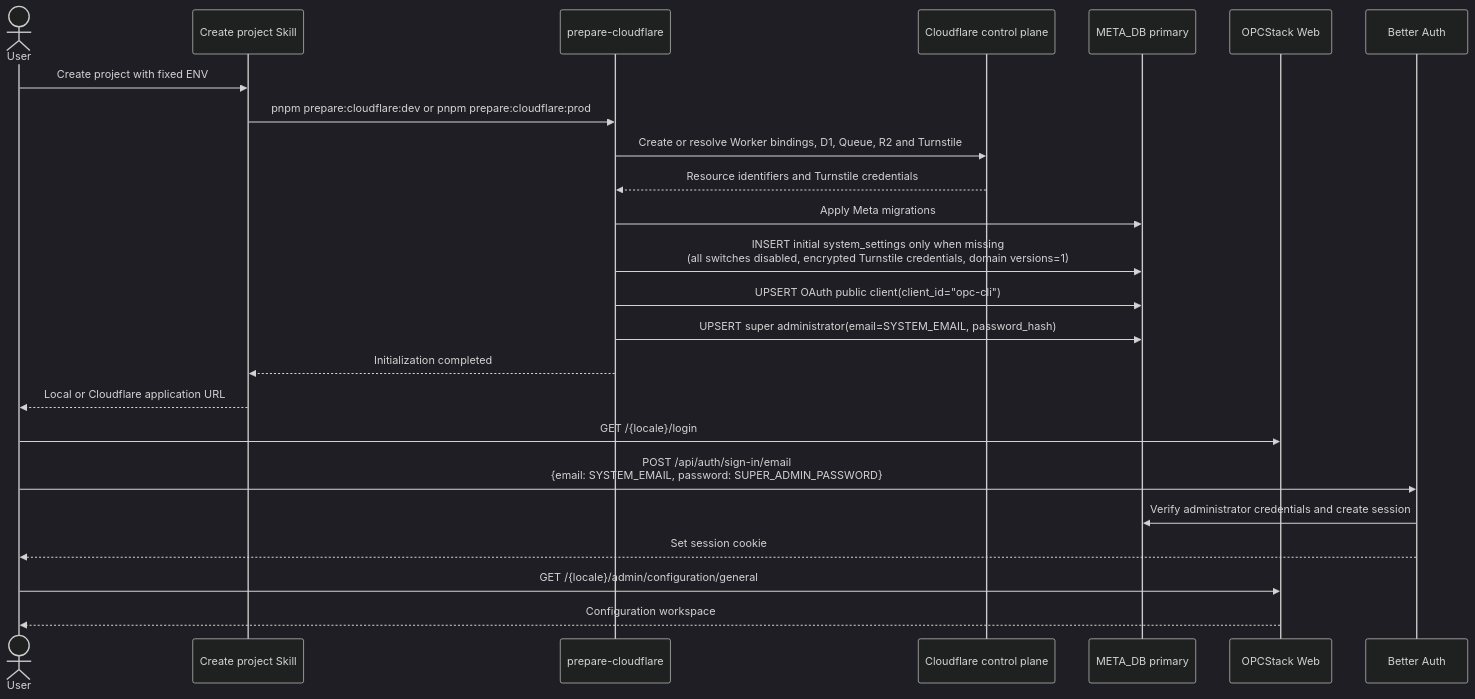
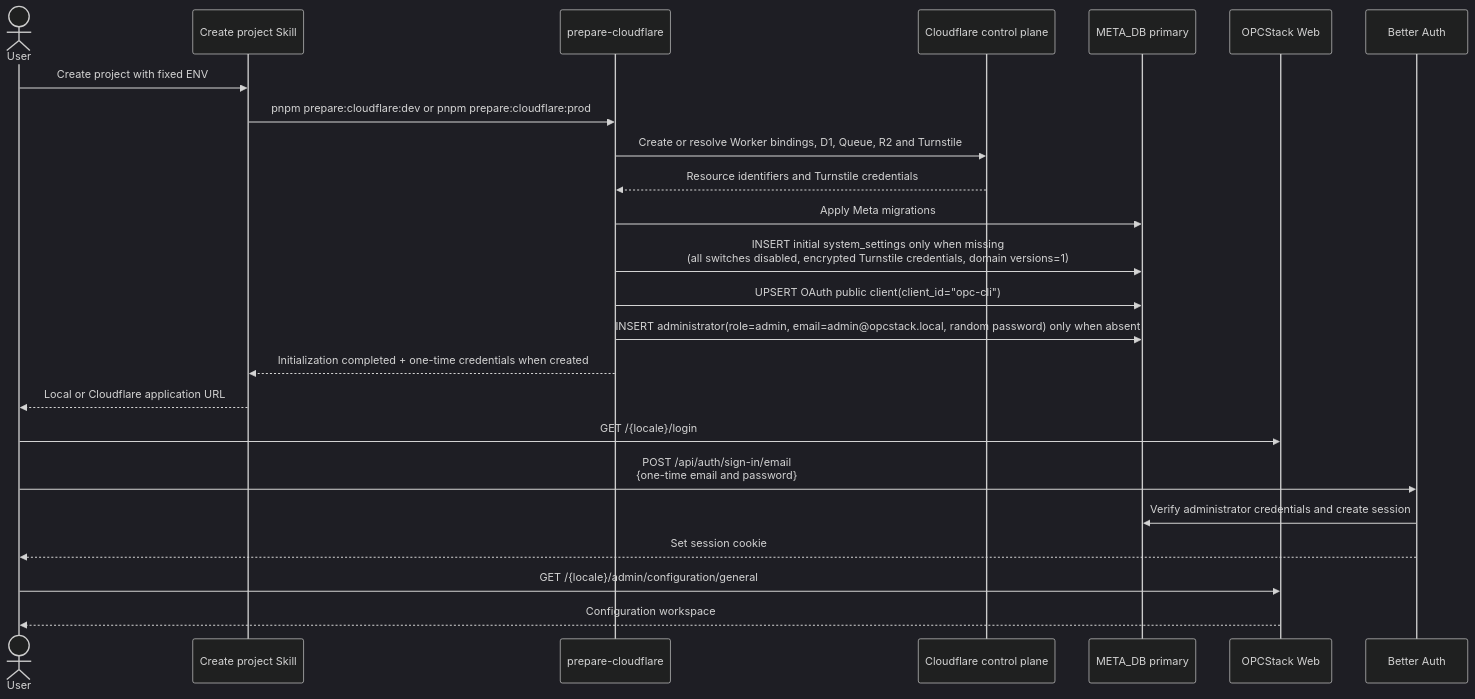
The fourth of 11 diagrams in docs/v025/tech-design.md (glidea/opcstack), drawn with Mermaid (dark theme) before and after one commit. The commit also changed other lines of this file and 59 other files, not shown here.

Commit message:
feat(auth): initialize administrator in D1

````diff
--- a/docs/v025/tech-design.md
+++ b/docs/v025/tech-design.md
@@ -1202,27 +1201,27 @@
 ```mermaid
 sequenceDiagram
   actor User as User
   participant Skill as Create project Skill
   participant Prepare as prepare-cloudflare
   participant CF as Cloudflare control plane
   participant Meta as META_DB primary
   participant Web as OPCStack Web
   participant Auth as Better Auth
 
   User->>Skill: Create project with fixed ENV
   Skill->>Prepare: pnpm prepare:cloudflare:dev or pnpm prepare:cloudflare:prod
   Prepare->>CF: Create or resolve Worker bindings, D1, Queue, R2 and Turnstile
   CF-->>Prepare: Resource identifiers and Turnstile credentials
   Prepare->>Meta: Apply Meta migrations
   Prepare->>Meta: INSERT initial system_settings only when missing<br/>(all switches disabled, encrypted Turnstile credentials, domain versions=1)
   Prepare->>Meta: UPSERT OAuth public client(client_id="opc-cli")
-  Prepare->>Meta: UPSERT super administrator(email=SYSTEM_EMAIL, password_hash)
-  Prepare-->>Skill: Initialization completed
+  Prepare->>Meta: INSERT administrator(role=admin, email=admin@opcstack.local, random password) only when absent
+  Prepare-->>Skill: Initialization completed + one-time credentials when created
   Skill-->>User: Local or Cloudflare application URL
   User->>Web: GET /{locale}/login
-  User->>Auth: POST /api/auth/sign-in/email<br/>{email: SYSTEM_EMAIL, password: SUPER_ADMIN_PASSWORD}
+  User->>Auth: POST /api/auth/sign-in/email<br/>{one-time email and password}
   Auth->>Meta: Verify administrator credentials and create session
   Auth-->>User: Set session cookie
   User->>Web: GET /{locale}/admin/configuration/general
   Web-->>User: Configuration workspace
 ```
````
